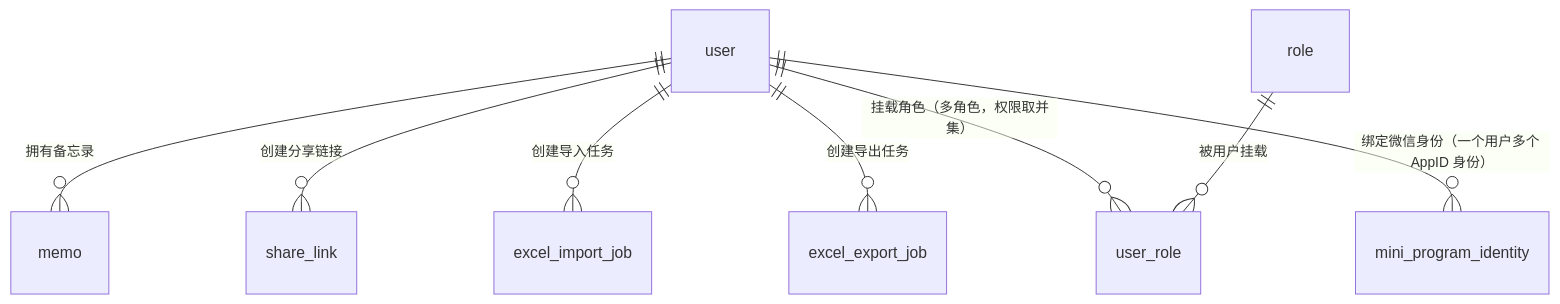
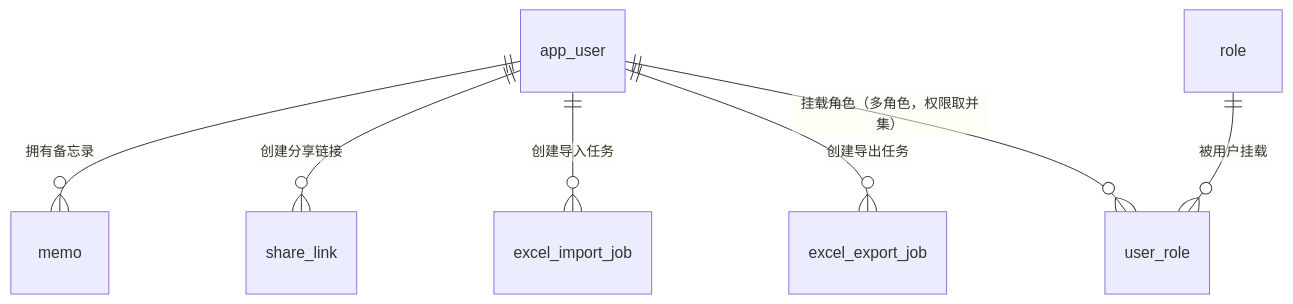
One commit to Sakana-1314/Electrical-Manager changed the seventh of 21 diagrams in docs/websites/pages/dev-data-model.md. Above: the diagram before and after it, drawn with Mermaid. The commit also changed other lines of this file and 19 other files, not shown here.

````diff
--- a/docs/websites/pages/dev-data-model.md
+++ b/docs/websites/pages/dev-data-model.md
@@ -253,10 +252,9 @@
 ```mermaid
 erDiagram
-    user ||--o{ memo : "拥有备忘录"
-    user ||--o{ share_link : "创建分享链接"
-    user ||--o{ excel_import_job : "创建导入任务"
-    user ||--o{ excel_export_job : "创建导出任务"
-    user ||--o{ user_role : "挂载角色（多角色，权限取并集）"
+    app_user ||--o{ memo : "拥有备忘录"
+    app_user ||--o{ share_link : "创建分享链接"
+    app_user ||--o{ excel_import_job : "创建导入任务"
+    app_user ||--o{ excel_export_job : "创建导出任务"
+    app_user ||--o{ user_role : "挂载角色（多角色，权限取并集）"
     role ||--o{ user_role : "被用户挂载"
-    user ||--o{ mini_program_identity : "绑定微信身份（一个用户多个 AppID 身份）"
 ```
````
